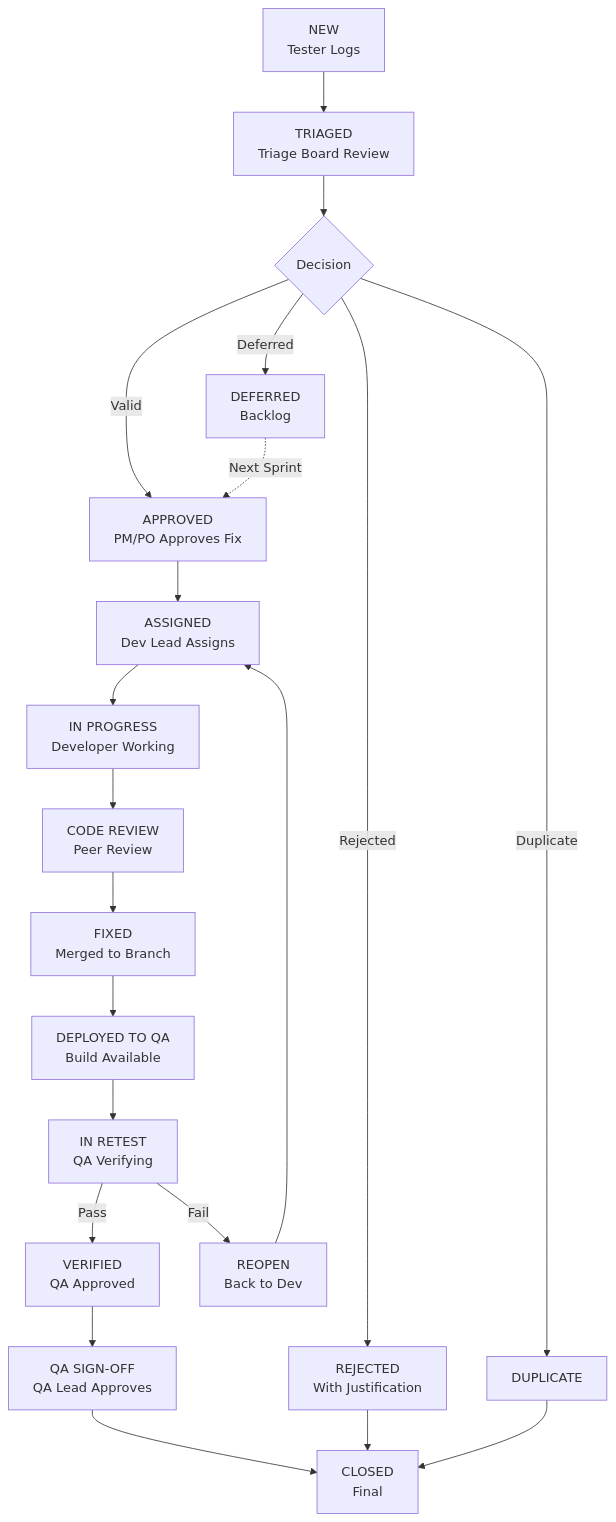
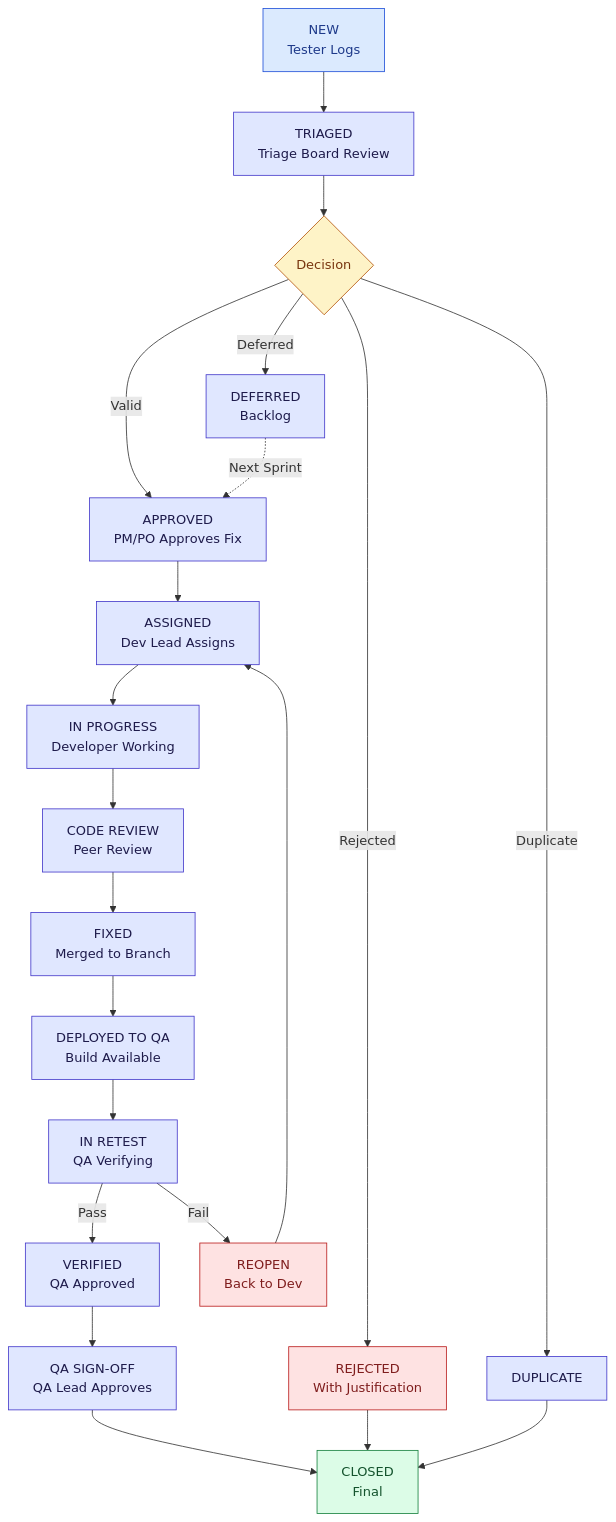
The seventh of 8 diagrams in Part_07_Defect_Bug_Life_Cycle.md (ghanendra-sdet/manual-testing-playbook), drawn with Mermaid before and after one commit. The commit also changed other lines of this file and 15 other files, not shown here.

Commit message:
Fix broken routes and anchors; update OWASP 2025, ISTQB v4.0, WCAG 2.2, Jira/Zephyr naming and pricing; style diagrams

````diff
--- a/Part_07_Defect_Bug_Life_Cycle.md
+++ b/Part_07_Defect_Bug_Life_Cycle.md
@@ -838,27 +858,38 @@
 ```mermaid
 flowchart TD
     A["NEW<br/>Tester Logs"] --> B["TRIAGED<br/>Triage Board Review"]
     B --> C{"Decision"}
     C -->|Valid| D["APPROVED<br/>PM/PO Approves Fix"]
     C -->|Rejected| E["REJECTED<br/>With Justification"]
     C -->|Deferred| F["DEFERRED<br/>Backlog"]
     C -->|Duplicate| G["DUPLICATE"]
 
     D --> H["ASSIGNED<br/>Dev Lead Assigns"]
     H --> I["IN PROGRESS<br/>Developer Working"]
     I --> J["CODE REVIEW<br/>Peer Review"]
     J --> K["FIXED<br/>Merged to Branch"]
     K --> L["DEPLOYED TO QA<br/>Build Available"]
     L --> M["IN RETEST<br/>QA Verifying"]
 
     M -->|Pass| N["VERIFIED<br/>QA Approved"]
     M -->|Fail| O["REOPEN<br/>Back to Dev"]
     O --> H
 
     N --> P["QA SIGN-OFF<br/>QA Lead Approves"]
     P --> Q["CLOSED<br/>Final"]
 
     E --> Q
     G --> Q
     F -.->|Next Sprint| D
+
+    classDef start fill:#dbeafe,stroke:#1d4ed8,color:#1e3a8a
+    classDef step fill:#e0e7ff,stroke:#4338ca,color:#1e1b4b
+    classDef decision fill:#fef3c7,stroke:#b45309,color:#78350f
+    classDef good fill:#dcfce7,stroke:#15803d,color:#14532d
+    classDef bad fill:#fee2e2,stroke:#b91c1c,color:#7f1d1d
+    class A start
+    class B,D,F,G,H,I,J,K,L,M,N,P step
+    class C decision
+    class E,O bad
+    class Q good
 ```
````
